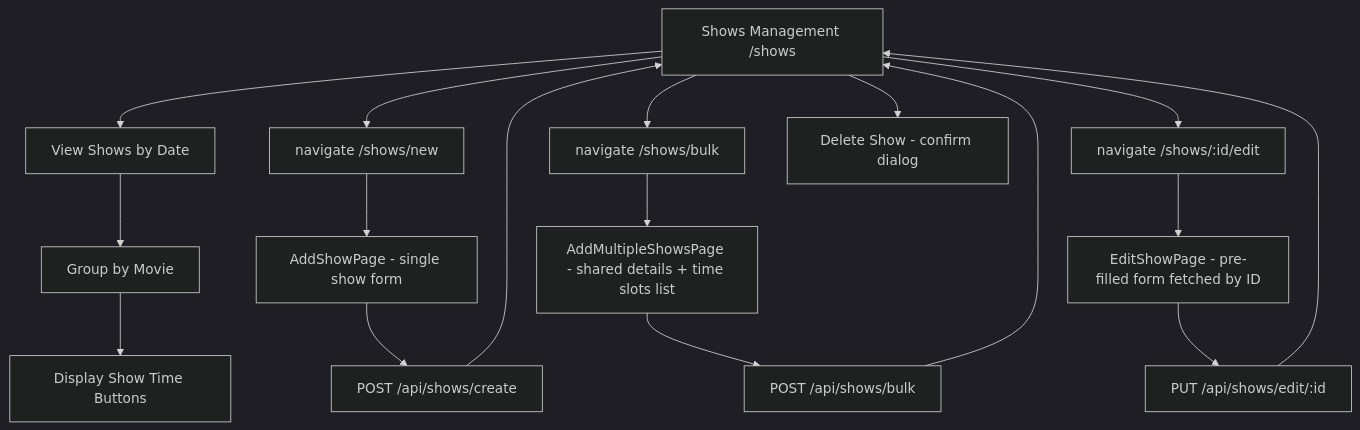
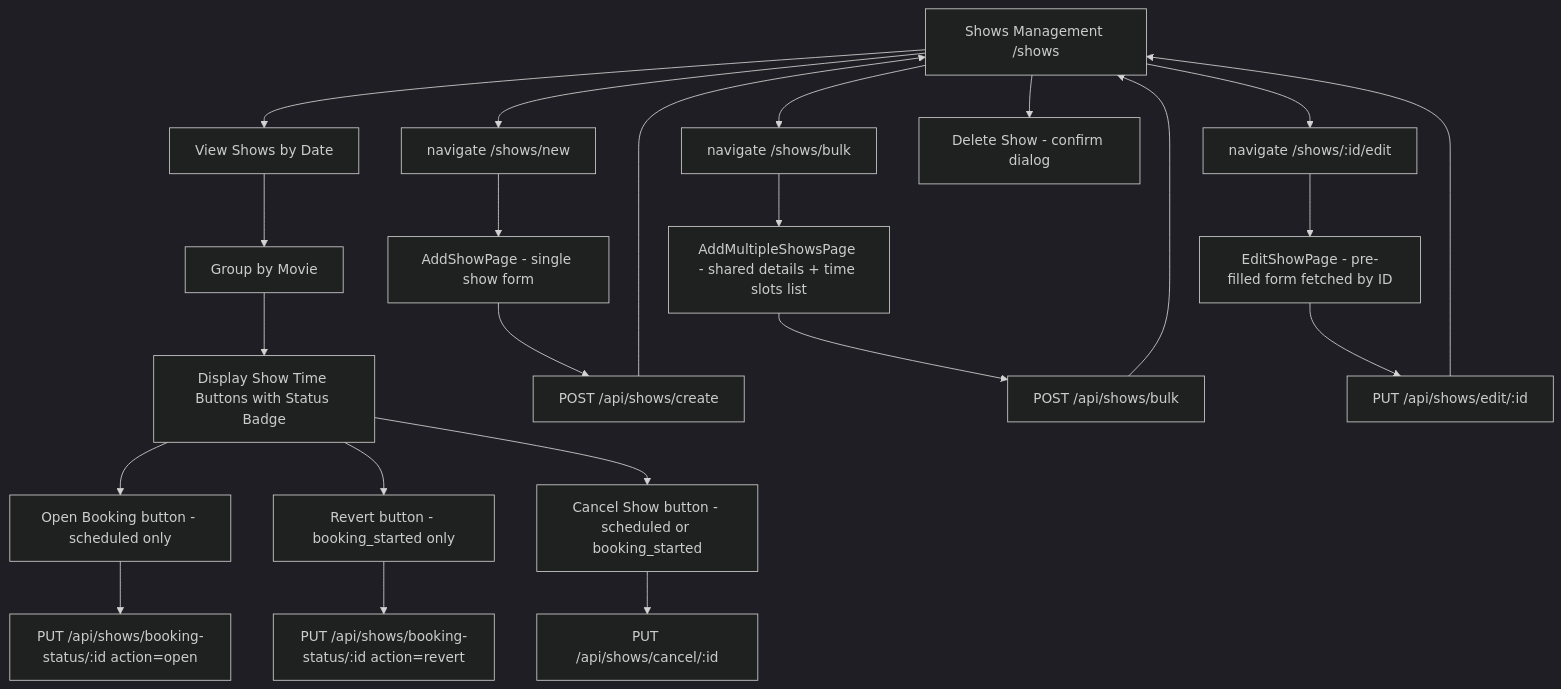
The tenth of 17 diagrams in admin.md (hduraimurugan/cinema-app-docs), drawn with Mermaid (dark theme) before and after one commit. The commit also changed other lines of this file and 2 other files, not shown here.

Commit message:
update: enhance admin and backend documentation with new show status lifecycle; include booking actions and API updates for managing show statuses

````diff
--- a/admin.md
+++ b/admin.md
@@ -816,23 +816,31 @@
 ```mermaid
 flowchart TD
     A[Shows Management /shows] --> B[View Shows by Date]
     A --> C[navigate /shows/new]
     A --> D[navigate /shows/bulk]
     A --> E[navigate /shows/:id/edit]
     A --> F[Delete Show - confirm dialog]
 
     B --> G[Group by Movie]
-    G --> H[Display Show Time Buttons]
+    G --> H[Display Show Time Buttons with Status Badge]
+
+    H --> OB[Open Booking button - scheduled only]
+    H --> RV[Revert button - booking_started only]
+    H --> CN[Cancel Show button - scheduled or booking_started]
+
+    OB --> OBA[PUT /api/shows/booking-status/:id action=open]
+    RV --> RVA[PUT /api/shows/booking-status/:id action=revert]
+    CN --> CNA[PUT /api/shows/cancel/:id]
 
     C --> I[AddShowPage - single show form]
     D --> J[AddMultipleShowsPage - shared details + time slots list]
     E --> K[EditShowPage - pre-filled form fetched by ID]
 
     I --> L[POST /api/shows/create]
     J --> M[POST /api/shows/bulk]
     K --> N[PUT /api/shows/edit/:id]
 
     L --> A
     M --> A
     N --> A
 ```
````
